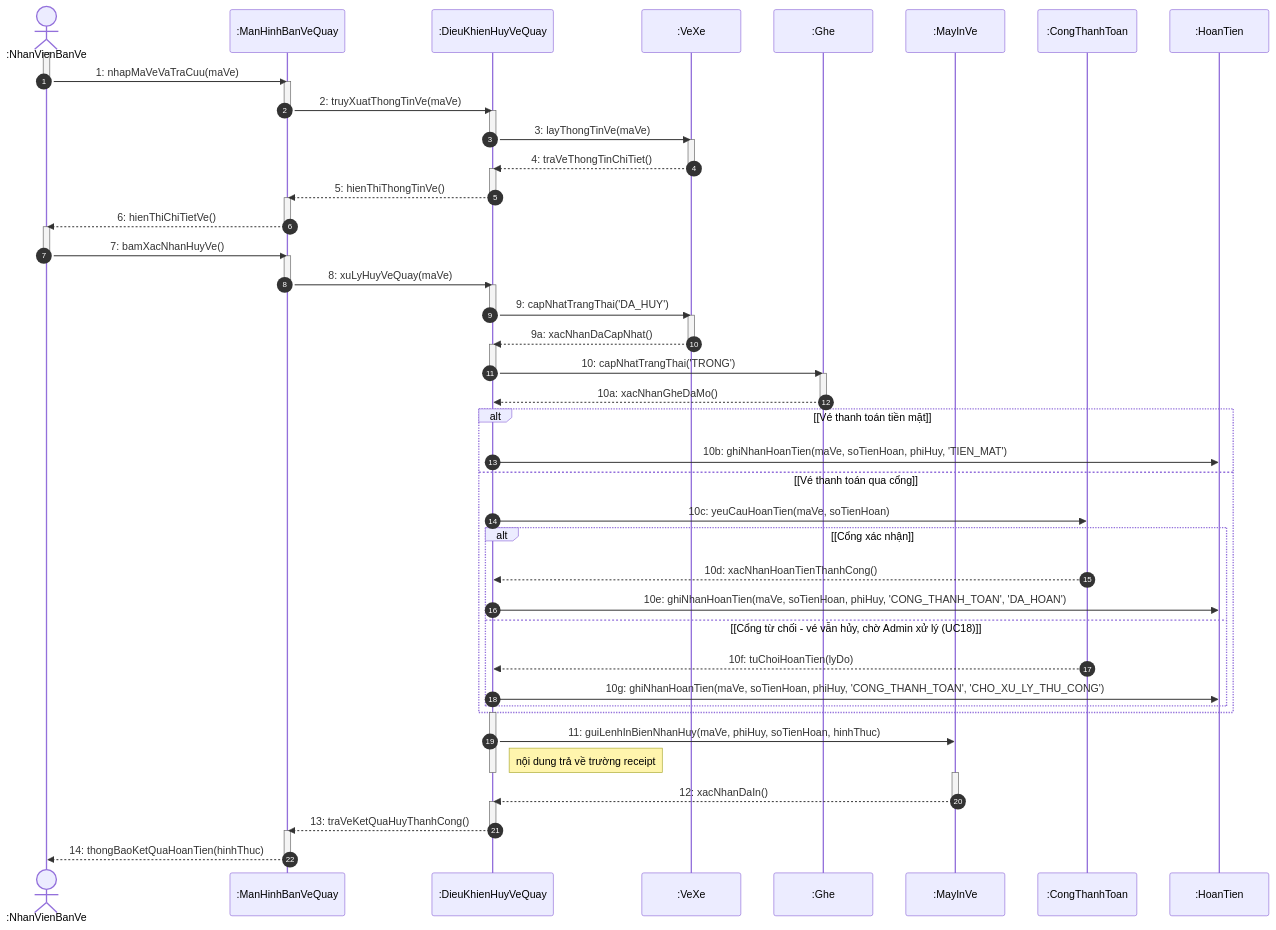
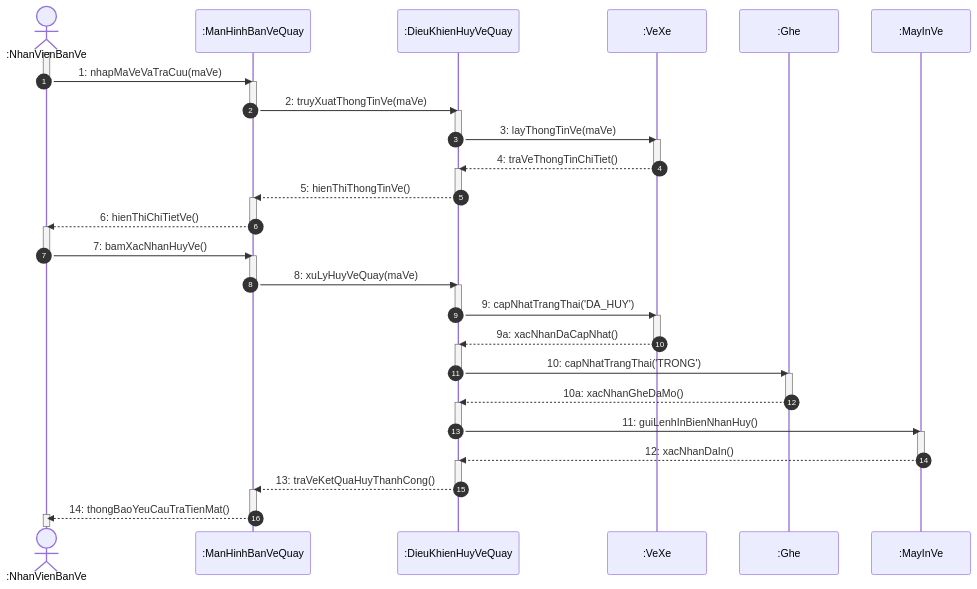
One commit to Longcodepro/Project_OOAD_HK1_2026-2027 changed the ninth of 20 diagrams in docs/sequence/Sequence_diagram.md. Above: the diagram before and after it, drawn with Mermaid. The commit also changed other lines of this file, not shown here.

Commit message:
Add 2.18 (UC18) in sequence diagram

````diff
--- a/docs/sequence/Sequence_diagram.md
+++ b/docs/sequence/Sequence_diagram.md
@@ -702,8 +690,6 @@
     participant VE as :VeXe
     participant GH as :Ghe
     participant MI as :MayInVe
-    participant CTT as :CongThanhToan
-    participant HT as :HoanTien
 
     %% Luồng 1: Tra cứu thông tin vé
     activate NV
@@ -747,23 +733,9 @@
     activate GH
     GH -->> DK: 10a: xacNhanGheDaMo()
     deactivate GH
-
-    alt [Vé thanh toán tiền mặt]
-        DK ->> HT: 10b: ghiNhanHoanTien(maVe, soTienHoan, phiHuy, 'TIEN_MAT')
-    else [Vé thanh toán qua cổng]
-        DK ->> CTT: 10c: yeuCauHoanTien(maVe, soTienHoan)
-        alt [Cổng xác nhận]
-            CTT -->> DK: 10d: xacNhanHoanTienThanhCong()
-            DK ->> HT: 10e: ghiNhanHoanTien(maVe, soTienHoan, phiHuy, 'CONG_THANH_TOAN', 'DA_HOAN')
-        else [Cổng từ chối - vé vẫn hủy, chờ Admin xử lý (UC18)]
-            CTT -->> DK: 10f: tuChoiHoanTien(lyDo)
-            DK ->> HT: 10g: ghiNhanHoanTien(maVe, soTienHoan, phiHuy, 'CONG_THANH_TOAN', 'CHO_XU_LY_THU_CONG')
-        end
-    end
     
     activate DK
-    DK ->> MI: 11: guiLenhInBienNhanHuy(maVe, phiHuy, soTienHoan, hinhThuc)
-    Note right of DK: nội dung trả về trường receipt
+    DK ->> MI: 11: guiLenhInBienNhanHuy()
     deactivate DK
     activate MI
     MI -->> DK: 12: xacNhanDaIn()
@@ -774,6 +746,8 @@
     deactivate DK
     
     activate MH
-    MH -->> NV: 14: thongBaoKetQuaHoanTien(hinhThuc)
+    MH -->> NV: 14: thongBaoYeuCauTraTienMat()
     deactivate MH
+    activate NV
+    deactivate NV
 ```
````
